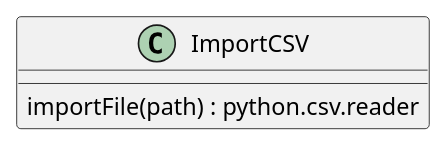
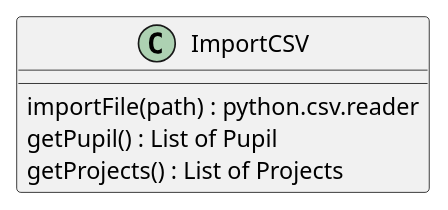
Before and after one commit to JustKiddingCode/ASGProjekte: the diagram in docs/UML/importcsv.iuml, drawn with PlantUML. The commit also changed 5 other files, not shown here.

```diff
--- a/docs/UML/importcsv.iuml
+++ b/docs/UML/importcsv.iuml
@@ -1,3 +1,5 @@
 class ImportCSV {
 	importFile(path) : python.csv.reader
+	getPupil() : List of Pupil
+	getProjects() : List of Projects
 }
```
